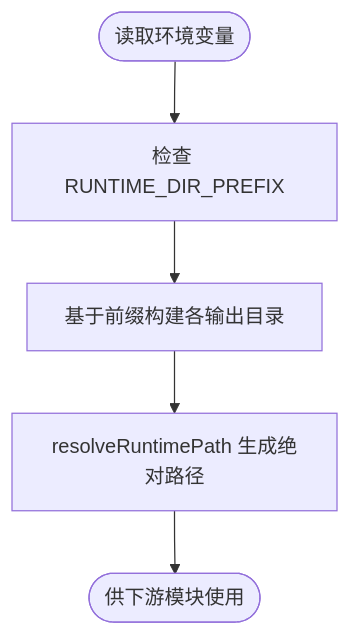
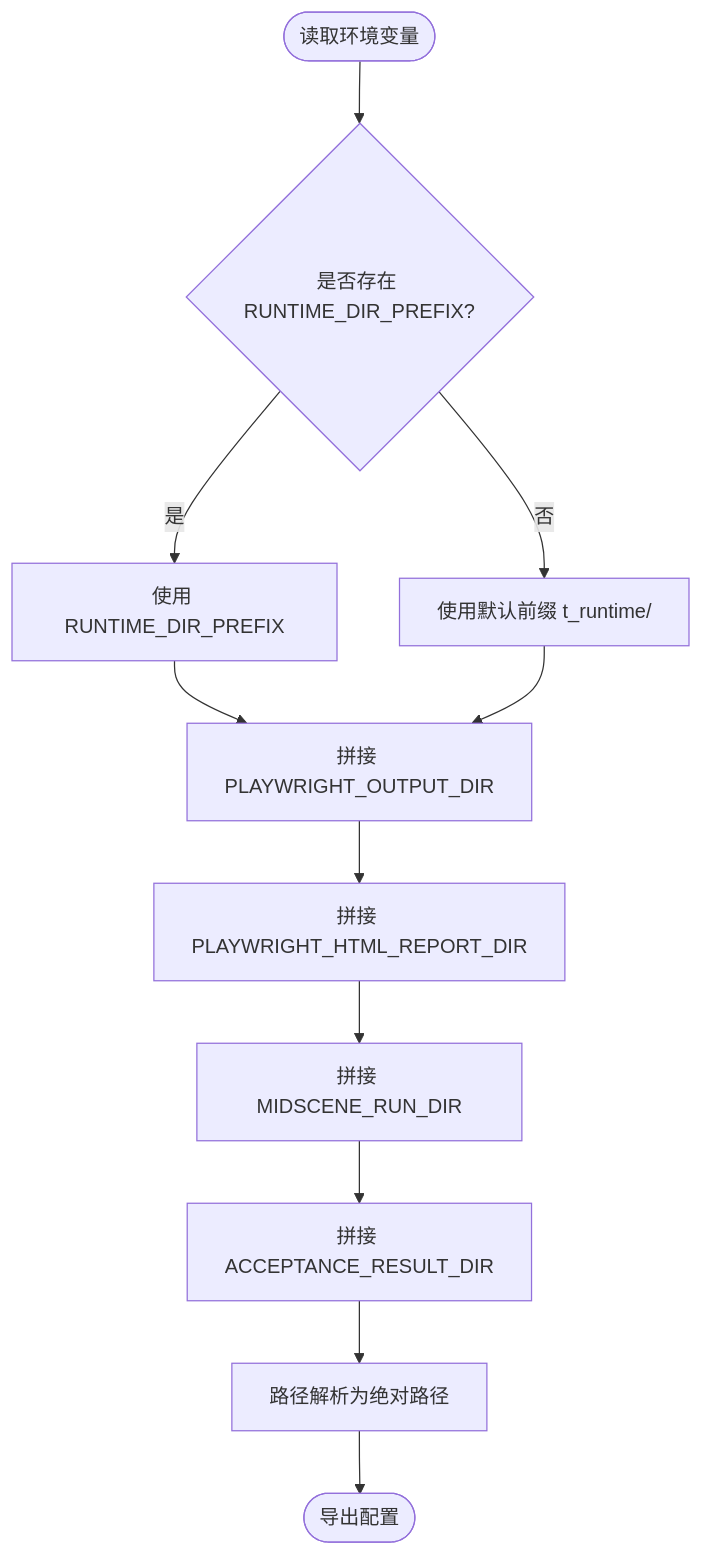
The third of 6 diagrams in .qoder/repowiki/zh/content/配置管理系统/配置管理系统.md (Jiane-EJ/playwright-mind), drawn with Mermaid before and after one commit. The commit also changed other lines of this file and 151 other files, not shown here.

````diff
--- a/.qoder/repowiki/zh/content/配置管理系统/配置管理系统.md
+++ b/.qoder/repowiki/zh/content/配置管理系统/配置管理系统.md
@@ -158,7 +139,13 @@
 ```mermaid
 flowchart TD
-Start(["读取环境变量"]) --> CheckPrefix["检查 RUNTIME_DIR_PREFIX"]
-CheckPrefix --> BuildPaths["基于前缀构建各输出目录"]
-BuildPaths --> ResolveAbs["resolveRuntimePath 生成绝对路径"]
-ResolveAbs --> End(["供下游模块使用"])
+Start(["读取环境变量"]) --> CheckPrefix{"是否存在 RUNTIME_DIR_PREFIX?"}
+CheckPrefix --> |是| UsePrefix["使用 RUNTIME_DIR_PREFIX"]
+CheckPrefix --> |否| UseDefault["使用默认前缀 t_runtime/"]
+UsePrefix --> BuildOutput["拼接 PLAYWRIGHT_OUTPUT_DIR"]
+UseDefault --> BuildOutput
+BuildOutput --> BuildHtml["拼接 PLAYWRIGHT_HTML_REPORT_DIR"]
+BuildHtml --> BuildMidscene["拼接 MIDSCENE_RUN_DIR"]
+BuildMidscene --> BuildAcceptance["拼接 ACCEPTANCE_RESULT_DIR"]
+BuildAcceptance --> Resolve["路径解析为绝对路径"]
+Resolve --> End(["导出配置"])
 ```
````
